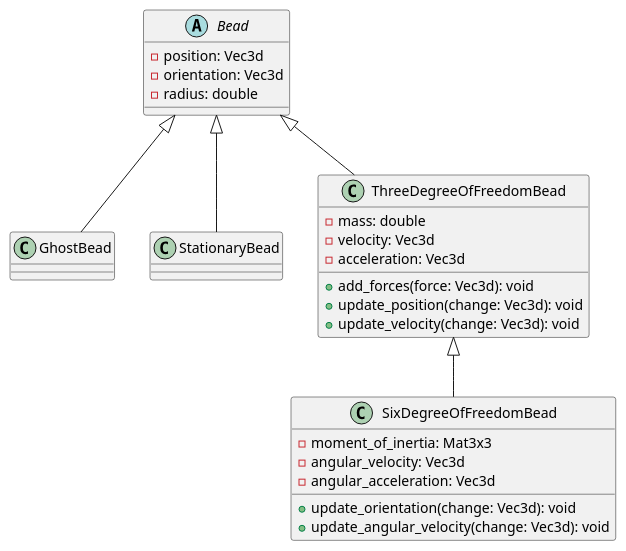
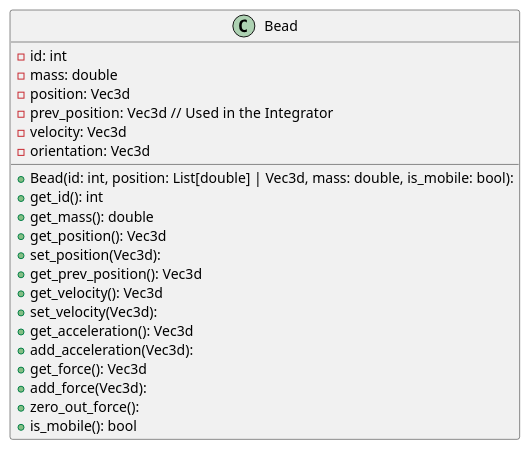
The first of 3 diagrams in README.md (MTDzi/bead_gym), drawn with PlantUML before and after one commit. The commit also changed other lines of this file and 2 other files, not shown here.

````diff
--- a/README.md
+++ b/README.md
@@ -47,42 +50,29 @@
 ```plantuml
 @startuml
 
-abstract class Bead {
-- position: Vec3d
+class Bead {
+    + Bead(id: int, position: List[double] | Vec3d, mass: double, is_mobile: bool):
+
+    - id: int
+    - mass: double
+    - position: Vec3d
+    - prev_position: Vec3d  // Used in the Integrator
+    - velocity: Vec3d
     - orientation: Vec3d
-    - radius: double
+
+    + get_id(): int
+    + get_mass(): double
+    + get_position(): Vec3d
+    + set_position(Vec3d):
+    + get_prev_position(): Vec3d
+    + get_velocity(): Vec3d
+    + set_velocity(Vec3d): 
+    + get_acceleration(): Vec3d
+    + add_acceleration(Vec3d):
+    + get_force(): Vec3d 
+    + add_force(Vec3d):
+    + zero_out_force():
+    + is_mobile(): bool
 }
-
-class GhostBead {
-    
-}
-
-class StationaryBead {
-    
-}
-
-class ThreeDegreeOfFreedomBead {
-    - mass: double
-    - velocity: Vec3d
-    - acceleration: Vec3d
-    + add_forces(force: Vec3d): void
-    + update_position(change: Vec3d): void
-    + update_velocity(change: Vec3d): void
-
-}
-
-class SixDegreeOfFreedomBead {
-    - moment_of_inertia: Mat3x3
-    - angular_velocity: Vec3d
-    - angular_acceleration: Vec3d
-    + update_orientation(change: Vec3d): void
-    + update_angular_velocity(change: Vec3d): void
-}
-
-Bead <|-- GhostBead
-Bead <|-- StationaryBead
-Bead <|-- ThreeDegreeOfFreedomBead
-ThreeDegreeOfFreedomBead <|-- SixDegreeOfFreedomBead
-
 @enduml
 ```
````
